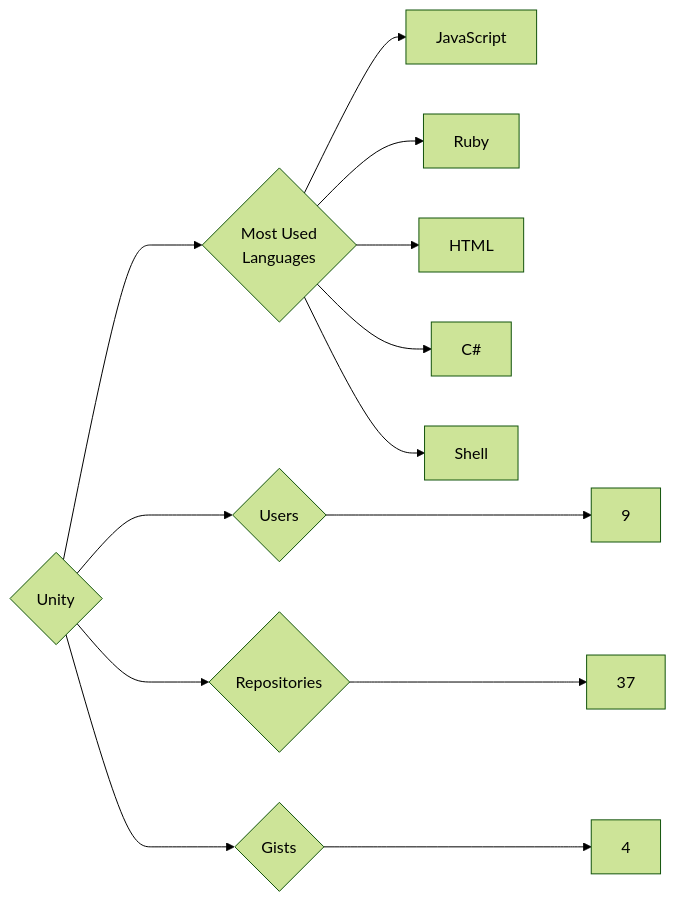
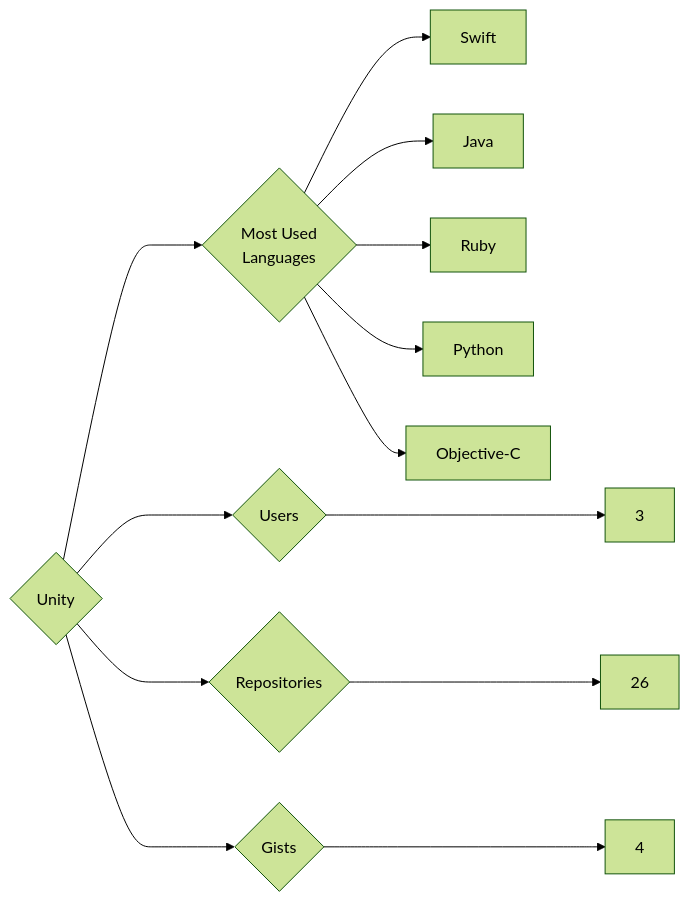
Before and after one commit to trickest/insiders: the diagram in targets/Unity/README.md, drawn with Mermaid (forest theme). The commit also changed 1248 other files, not shown here.

````diff
--- a/targets/Unity/README.md
+++ b/targets/Unity/README.md
@@ -3,13 +3,13 @@
 ```mermaid
 graph LR
 COMPANY_NAME{Unity}
-COMPANY_NAME ---> U{Users} ---> UN[9]
-COMPANY_NAME ---> R{Repositories} ---> RN[37]
+COMPANY_NAME ---> U{Users} ---> UN[3]
+COMPANY_NAME ---> R{Repositories} ---> RN[26]
 COMPANY_NAME ---> G{Gists} ---> GN[4]
 COMPANY_NAME ---> ML{Most Used<br>Languages}
-ML --> JavaScript[JavaScript]
+ML --> Swift[Swift]
+ML --> Java[Java]
 ML --> Ruby[Ruby]
-ML --> HTML[HTML]
-ML --> C#[C#]
-ML --> Shell[Shell]
+ML --> Python[Python]
+ML --> Objective-C[Objective-C]
 ```
````
